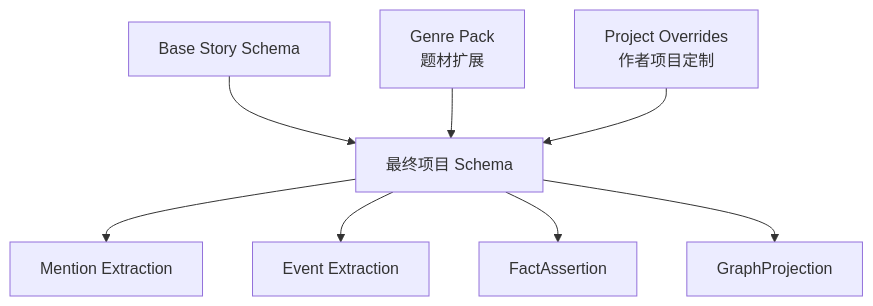
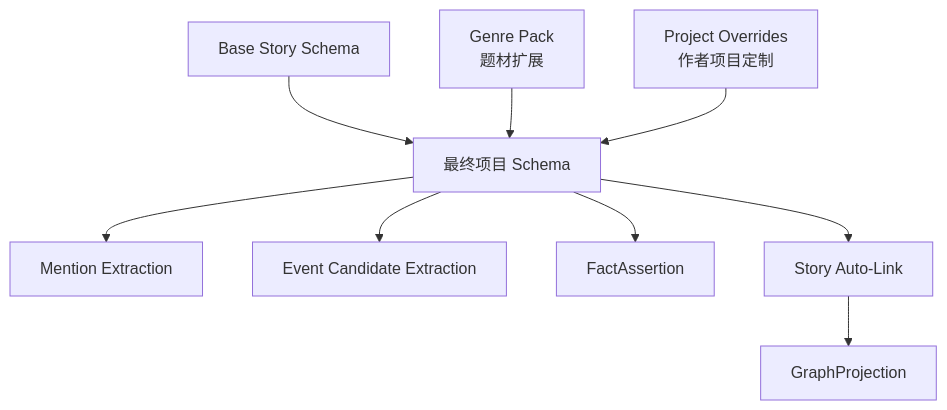
One commit to FrankQDWang/sextantlabs changed the first of 2 diagrams in goals/14-story-schema-packs.md. Above: the diagram before and after it, drawn with Mermaid. The commit also changed other lines of this file, not shown here.

Commit message:
Define canonical story schema vocabulary

````diff
--- a/goals/14-story-schema-packs.md
+++ b/goals/14-story-schema-packs.md
@@ -19,10 +17,11 @@
 ```mermaid
 flowchart TD
     A[Base Story Schema] --> D[最终项目 Schema]
     B[Genre Pack\n题材扩展] --> D
     C[Project Overrides\n作者项目定制] --> D
     D --> E[Mention Extraction]
-    D --> F[Event Extraction]
+    D --> F[Event Candidate Extraction]
     D --> G[FactAssertion]
-    D --> H[GraphProjection]
+    D --> H[Story Auto-Link]
+    H --> I[GraphProjection]
 ```
````
